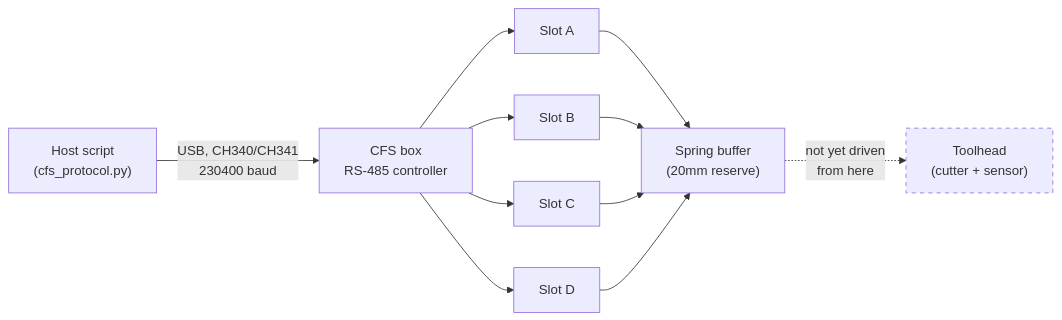
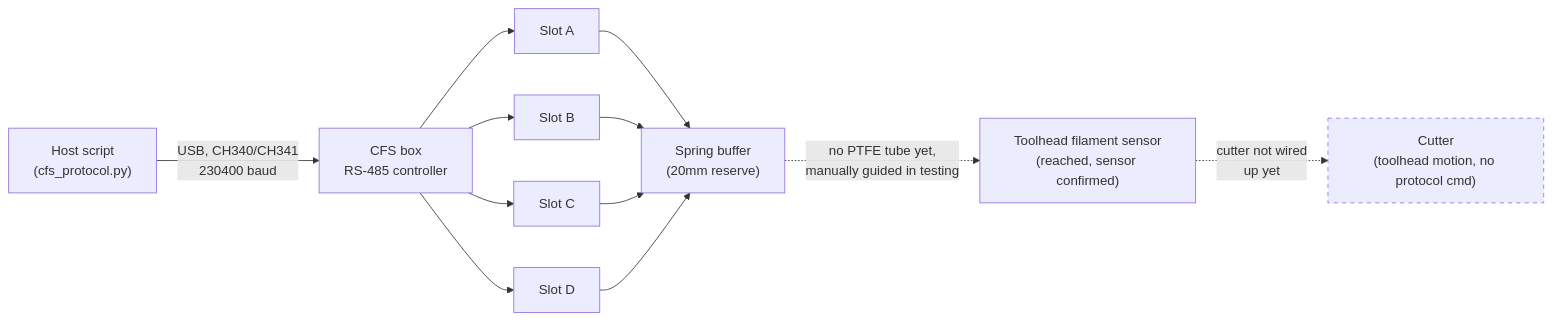
Before and after one commit to tomaspakosta/k1c-cfs-klipper: the first of 2 diagrams in README.md, drawn with Mermaid. The commit also changed other lines of this file and 1 other file, not shown here.

First line of the commit message:
Toolhead sensor confirmed reachable via EXTRUDE_PROCESS; cutter clarified as pure toolhead motion

````diff
--- a/README.md
+++ b/README.md
@@ -139,12 +139,13 @@
 ```mermaid
 graph LR
     Host["Host script<br/>(cfs_protocol.py)"] -->|USB, CH340/CH341<br/>230400 baud| Box["CFS box<br/>RS-485 controller"]
     Box --> A["Slot A"]
     Box --> B["Slot B"]
     Box --> C["Slot C"]
     Box --> D["Slot D"]
     A & B & C & D --> Buffer["Spring buffer<br/>(20mm reserve)"]
-    Buffer -.->|not yet driven<br/>from here| Toolhead["Toolhead<br/>(cutter + sensor)"]
+    Buffer -.->|no PTFE tube yet,<br/>manually guided in testing| Sensor["Toolhead filament sensor<br/>(reached, sensor confirmed)"]
+    Sensor -.->|cutter not wired<br/>up yet| Cutter["Cutter<br/>(toolhead motion, no protocol cmd)"]
 
-    style Toolhead stroke-dasharray: 5 5
+    style Cutter stroke-dasharray: 5 5
 ```
````
